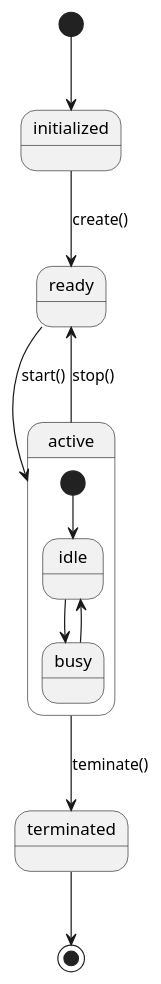
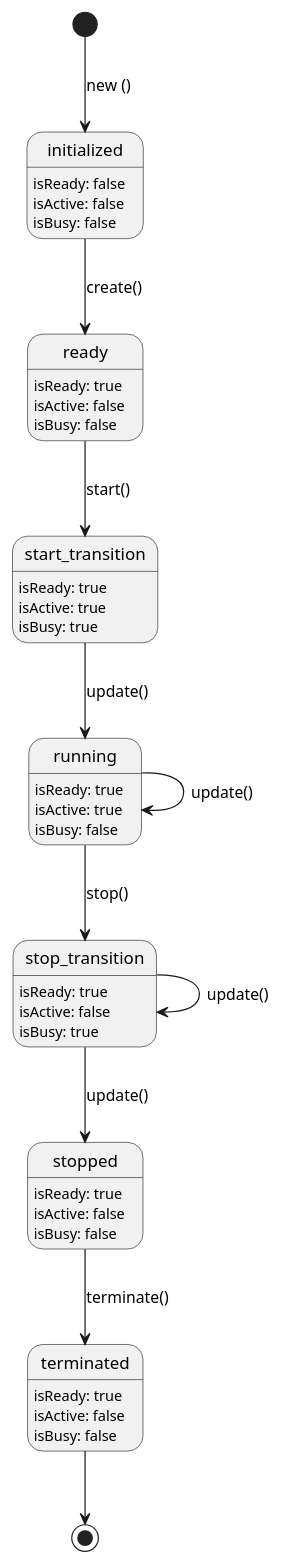
One commit to jamesdean070/rmmv_runtime_reading changed the diagram in scene/scene_state.puml. Above: the diagram before and after it, drawn with PlantUML. The commit also changed 2 other files, not shown here.

```diff
--- a/scene/scene_state.puml
+++ b/scene/scene_state.puml
@@ -1,15 +1,40 @@
 @startuml
-[*] --> initialized
+[*] --> initialized :new ()
 initialized --> ready : create()
-ready --> active : start()
-state active {
-  [*] --> idle
-  idle --> busy
-  busy --> idle
-}
-active --> ready : stop()
-active --> terminated : teminate()
+ready --> start_transition : start()
+start_transition --> running: update()
+running --> running : update()
+running --> stop_transition : stop()
+stop_transition --> stop_transition : update()
+stop_transition --> stopped : update()
+stopped --> terminated : terminate()
 terminated --> [*]
 
+initialized: isReady: false
+initialized: isActive: false
+initialized: isBusy: false
 
+ready: isReady: true
+ready: isActive: false
+ready: isBusy: false
+
+start_transition: isReady: true
+start_transition: isActive: true
+start_transition: isBusy: true
+
+running: isReady: true
+running: isActive: true
+running: isBusy: false
+
+stop_transition: isReady: true
+stop_transition: isActive: false
+stop_transition: isBusy: true
+
+stopped: isReady: true
+stopped: isActive: false
+stopped: isBusy: false
+
+terminated: isReady: true
+terminated: isActive: false
+terminated: isBusy: false
 @enduml
```
